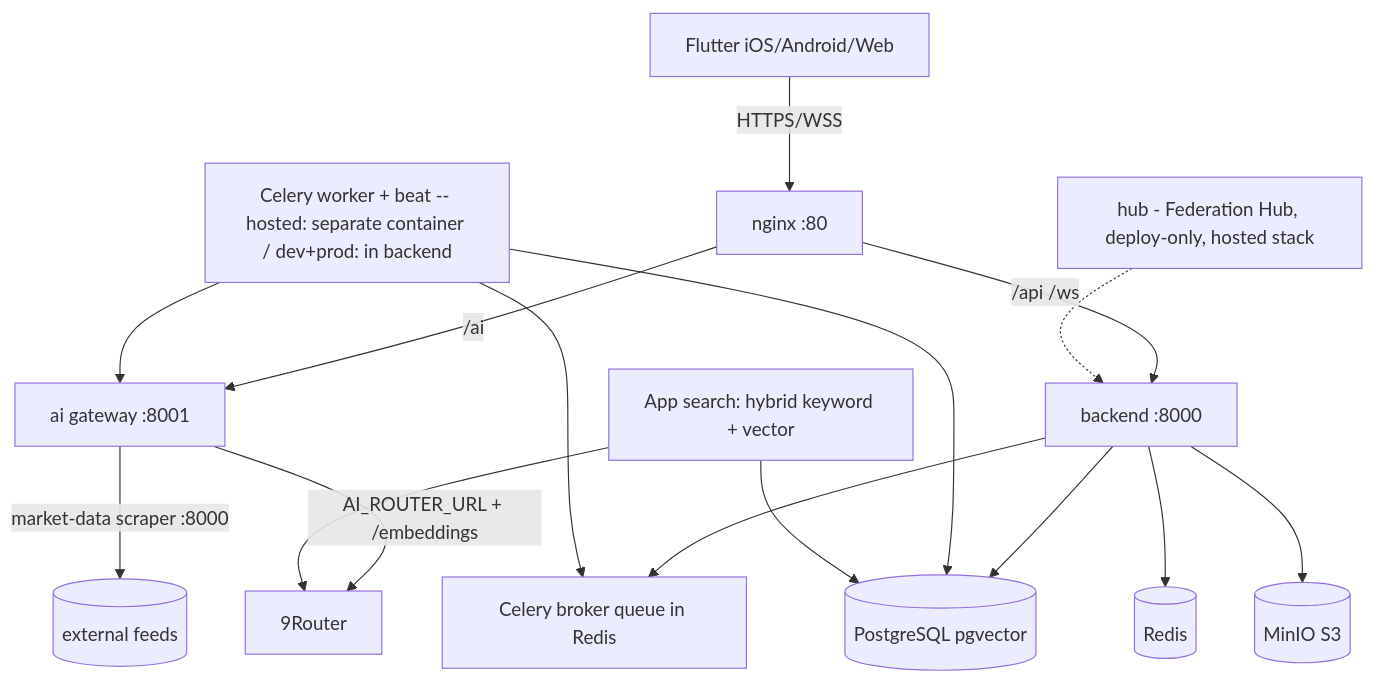
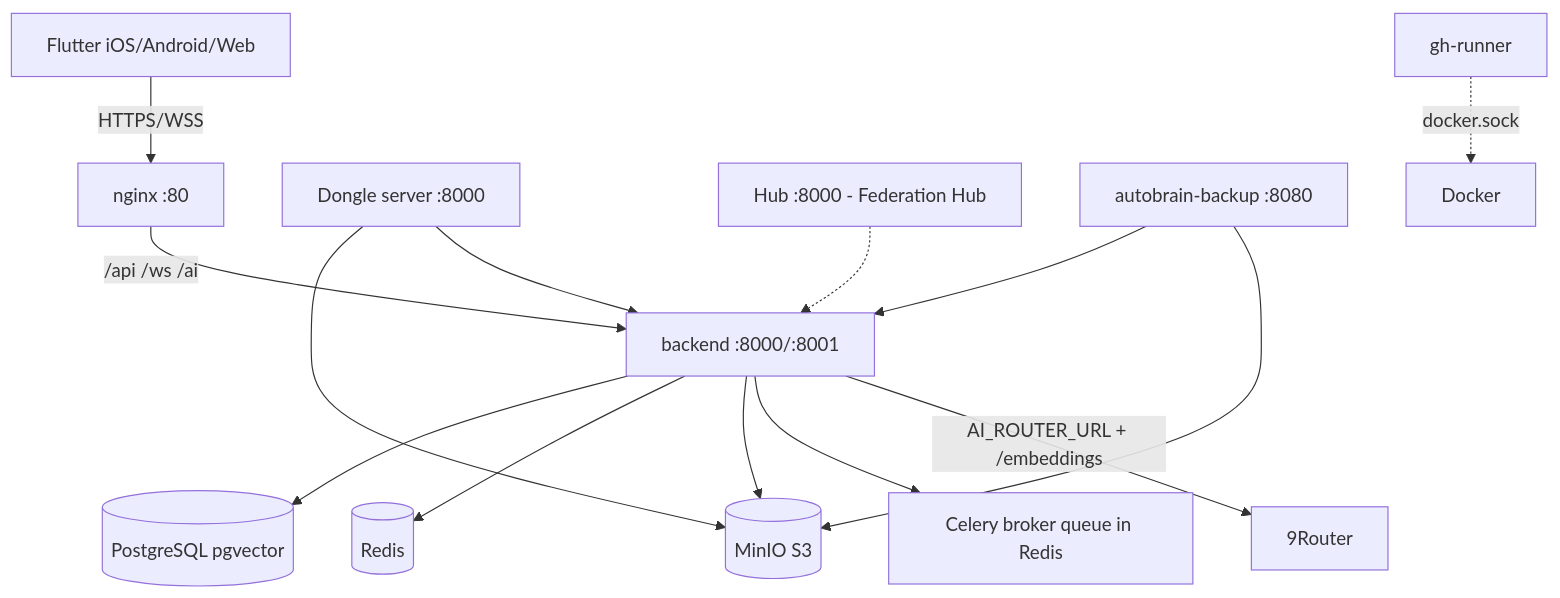
Before and after one commit to CannonFodder151/autobrain: the diagram in docs/Engineering/architecture.md, drawn with Mermaid. The commit also changed other lines of this file and 8 other files, not shown here.

````diff
--- a/docs/Engineering/architecture.md
+++ b/docs/Engineering/architecture.md
@@ -59,18 +63,16 @@
 ```mermaid
 graph TD
     Client[Flutter iOS/Android/Web] -->|HTTPS/WSS| Nginx[nginx :80]
-    Nginx -->|/api /ws| Backend[backend :8000]
-    Nginx -->|/ai| AI[ai gateway :8001]
+    Nginx -->|/api /ws /ai| Backend[backend :8000/:8001]
     Backend --> Postgres[(PostgreSQL pgvector)]
     Backend --> Redis[(Redis)]
     Backend --> MinIO[(MinIO S3)]
     Backend --> Queen[Celery broker queue in Redis]
-    AI -->|AI_ROUTER_URL + /embeddings| Router[9Router]
-    AI -->|market-data scraper :8000| MD[(external feeds)]
-    Worker[Celery worker + beat -- hosted: separate container / dev+prod: in backend] --> Queen
-    Worker --> AI
-    Worker --> Postgres
-Search[App search: hybrid keyword + vector] --> Postgres
-Search --> Router
-Hub[hub - Federation Hub, deploy-only, hosted stack] -.-> Backend
+    Backend -->|AI_ROUTER_URL + /embeddings| Router[9Router]
+    DongleServer[Dongle server :8000] --> MinIO
+    DongleServer --> Backend
+    Hub[Hub :8000 - Federation Hub] -.-> Backend
+    Backup[autobrain-backup :8080] --> Backend
+    Backup --> MinIO
+    GHRunner[gh-runner] -.->|docker.sock| Docker
 ```
````
